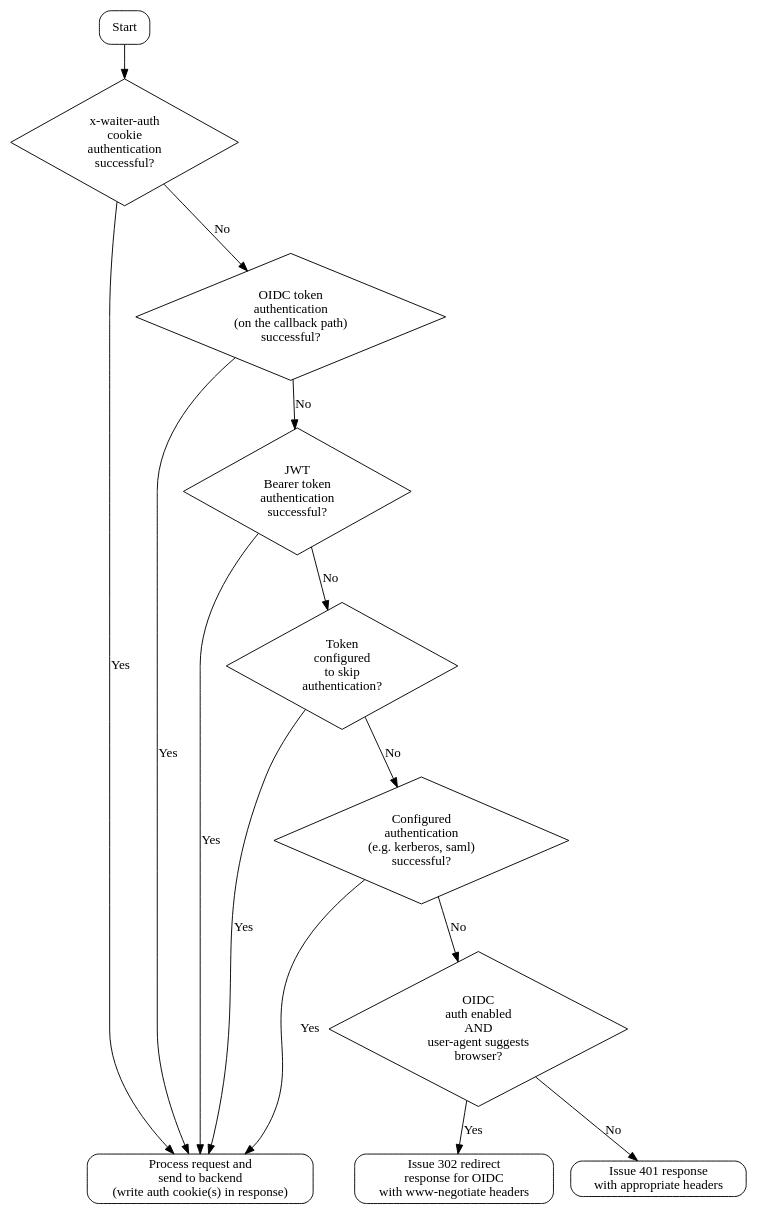
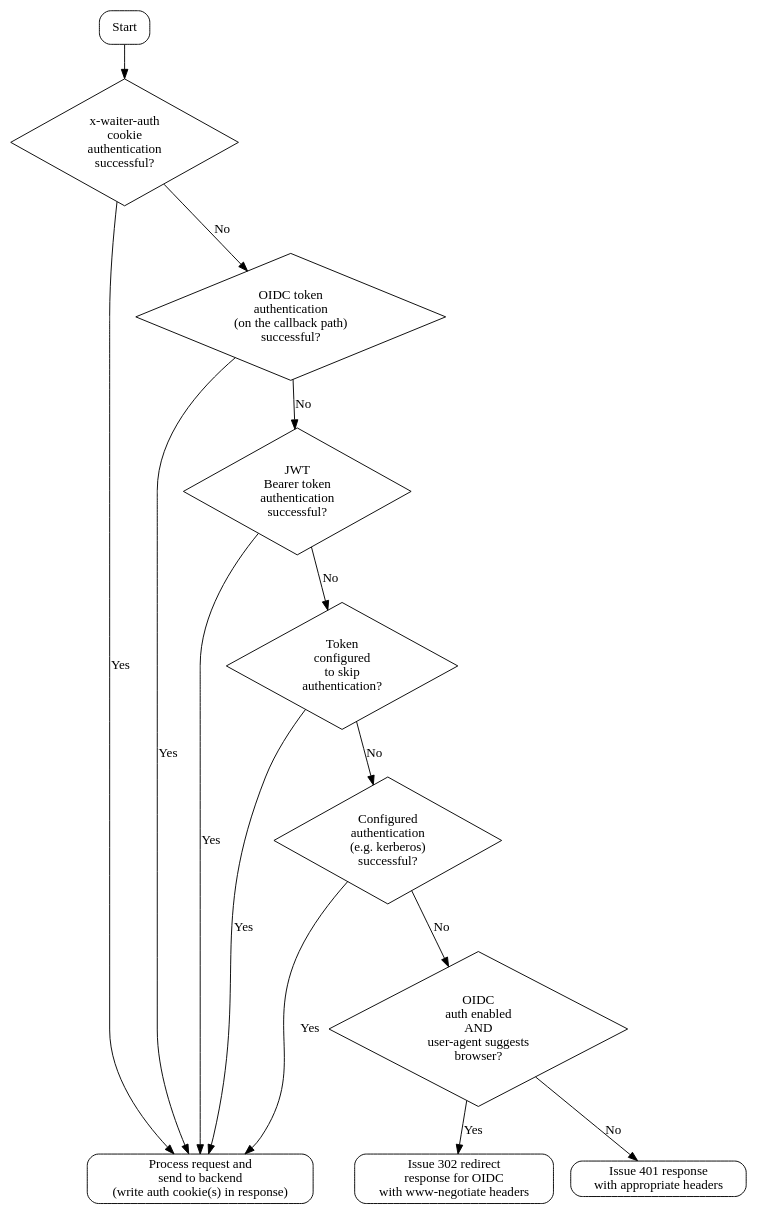
The diagram in waiter/docs/authentication-decision-tree.dot (twosigma/waiter), drawn with Graphviz before and after one commit. The commit also changed 33 other files, not shown here.

Commit message:
removes saml authentication support

```diff
--- a/waiter/docs/authentication-decision-tree.dot
+++ b/waiter/docs/authentication-decision-tree.dot
@@ -1,75 +1,75 @@
 digraph WaiterAuthenticationFlowchart {
 
   node [fontname = "Handlee"];
   edge [fontname = "Handlee"];
 
   start [
     label = "Start";
     shape = rect;
     style = "rounded";
   ];
 
   auth_success [
     label = "Process request and \n send to backend \n (write auth cookie(s) in response)";
     shape = rect;
     style = "rounded";
   ];
   respond_302 [
     label = "Issue 302 redirect \n response for OIDC \n with www-negotiate headers";
     shape = rect;
     style = "rounded";
   ];
   respond_401 [
     label = "Issue 401 response \n with appropriate headers";
     shape = rect;
     style = "rounded";
   ];
   {
     rank=same;
     auth_success; respond_302; respond_401;
   }
 
   waiter_auth_cookie [
     label = "x-waiter-auth \n cookie \n authentication \n successful?";
     shape = diamond;
   ];
 
   oidc_auth [
     label = "OIDC token \n authentication \n (on the callback path) \n successful?";
     shape = diamond;
   ];
 
   jwt_auth [
     label = "JWT \n Bearer token \n authentication \n successful?";
     shape = diamond;
   ];
 
   skip_auth [
     label = "Token \n configured \n to skip \n authentication?";
     shape = diamond;
   ];
 
   configured_auth [
-    label = "Configured \n authentication \n (e.g. kerberos, saml) \n successful?";
+    label = "Configured \n authentication \n (e.g. kerberos) \n successful?";
     shape = diamond;
   ];
 
   browser [
     label = "OIDC \n auth enabled \n AND \n user-agent suggests \n browser?";
     shape = diamond;
   ];
 
   start -> waiter_auth_cookie;
   waiter_auth_cookie -> oidc_auth [ label = "No" ];
   waiter_auth_cookie -> auth_success [ label = "Yes" ];
   oidc_auth -> jwt_auth [ label = "No" ];
   oidc_auth -> auth_success [ label = "Yes" ];
   jwt_auth -> skip_auth [ label = "No" ];
   jwt_auth -> auth_success [ label = "Yes" ];
   skip_auth -> configured_auth [ label = "No" ];
   skip_auth -> auth_success [ label = "Yes" ];
   configured_auth -> browser [ label = "No" ];
   configured_auth -> auth_success [ label = "Yes" ];
   browser -> respond_401 [ label = "No" ];
   browser -> respond_302 [ label = "Yes" ];
 }
```
